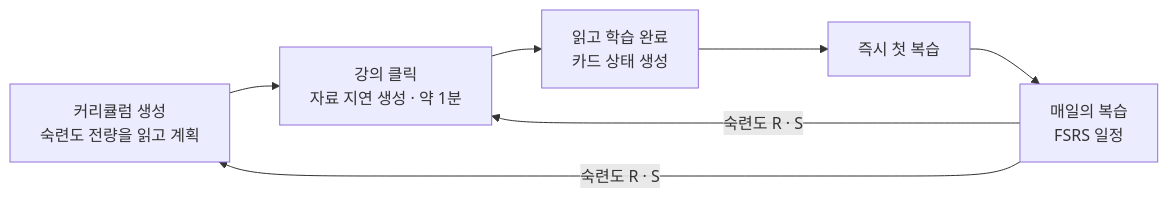
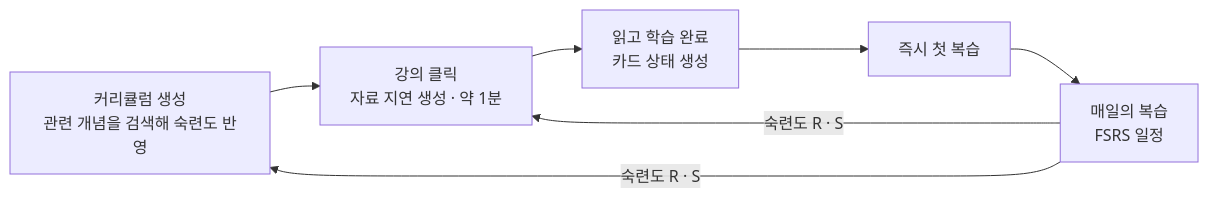
One commit to f-lab-edu/Mogum changed the first of 2 diagrams in docs/01-overview.md. Above: the diagram before and after it, drawn with Mermaid. The commit also changed other lines of this file and 36 other files, not shown here.

````diff
--- a/docs/01-overview.md
+++ b/docs/01-overview.md
@@ -22,9 +22,9 @@
 ```mermaid
 flowchart LR
-    C["커리큘럼 생성<br/>숙련도 전량을 읽고 계획"] --> L["강의 클릭<br/>자료 지연 생성 · 약 1분"]
+    C["커리큘럼 생성<br/>관련 개념을 검색해 숙련도 반영"] --> L["강의 클릭<br/>자료 지연 생성 · 약 1분"]
     L --> R["읽고 학습 완료<br/>카드 상태 생성"]
     R --> F["즉시 첫 복습"]
     F --> D["매일의 복습<br/>FSRS 일정"]
     D -->|"숙련도 R · S"| L
     D -->|"숙련도 R · S"| C
 ```
````
